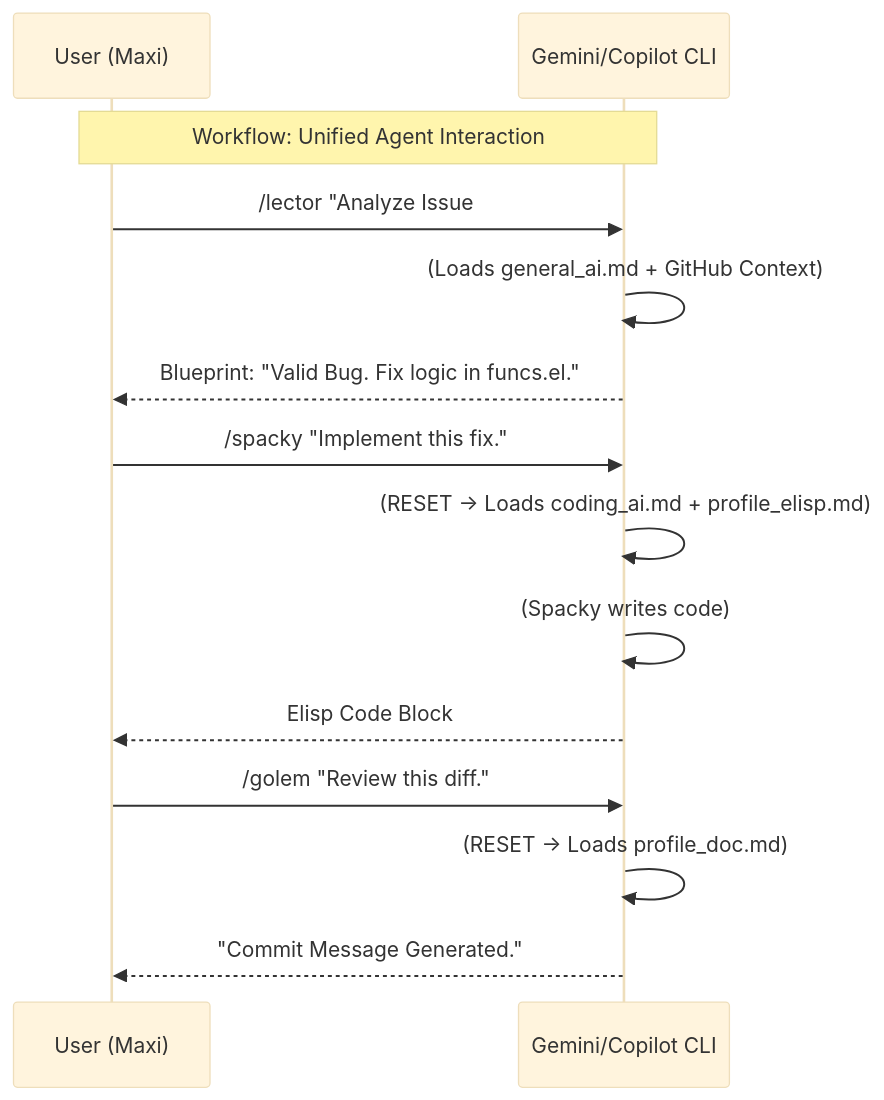
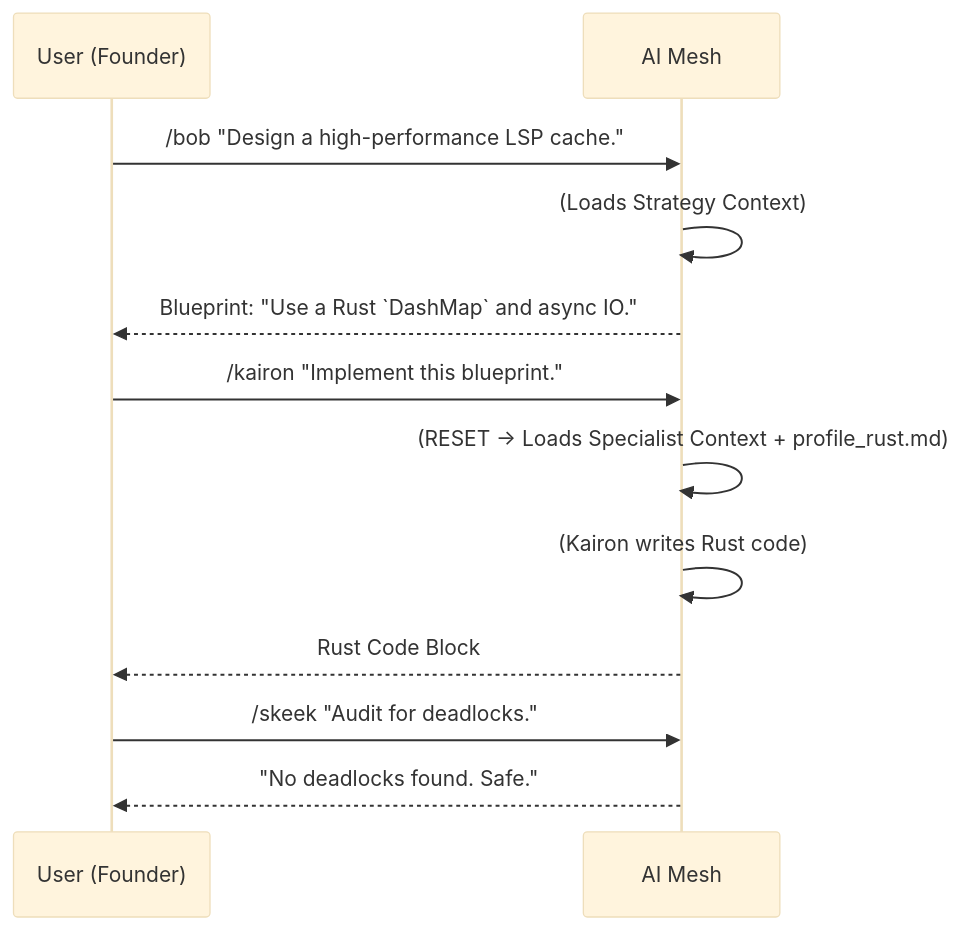
The diagram in ai/README.md (smile13241324/aemacs), drawn with Mermaid (base theme) before and after one commit. The commit also changed other lines of this file and 31 other files, not shown here.

````diff
--- a/ai/README.md
+++ b/ai/README.md
@@ -85,20 +67,17 @@
 ```mermaid
 sequenceDiagram
-    participant U as User (Maxi)
-    participant CLI as Gemini/Copilot CLI
+    participant U as User (Founder)
+    participant CLI as AI Mesh
 
-    Note over U, CLI: Workflow: Unified Agent Interaction
+    U->>CLI: /bob "Design a high-performance LSP cache."
+    CLI->>CLI: (Loads Strategy Context)
+    CLI-->>U: Blueprint: "Use a Rust `DashMap` and async IO."
 
-    U->>CLI: /lector "Analyze Issue #42 via MCP"
-    CLI->>CLI: (Loads general_ai.md + GitHub Context)
-    CLI-->>U: Blueprint: "Valid Bug. Fix logic in funcs.el."
+    U->>CLI: /kairon "Implement this blueprint."
+    CLI->>CLI: (RESET -> Loads Specialist Context + profile_rust.md)
+    CLI->>CLI: (Kairon writes Rust code)
+    CLI-->>U: Rust Code Block
 
-    U->>CLI: /spacky "Implement this fix."
-    CLI->>CLI: (RESET -> Loads coding_ai.md + profile_elisp.md)
-    CLI->>CLI: (Spacky writes code)
-    CLI-->>U: Elisp Code Block
-
-    U->>CLI: /golem "Review this diff."
-    CLI->>CLI: (RESET -> Loads profile_doc.md)
-    CLI-->>U: "Commit Message Generated."
+    U->>CLI: /skeek "Audit for deadlocks."
+    CLI-->>U: "No deadlocks found. Safe."
 ```
````
